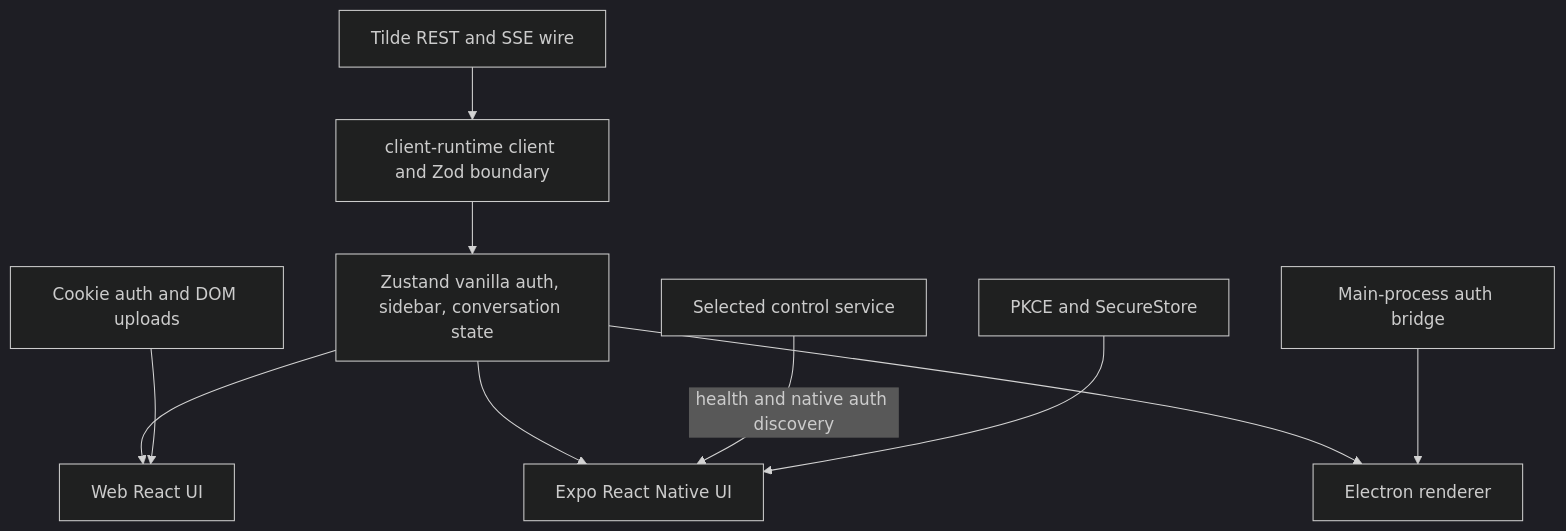
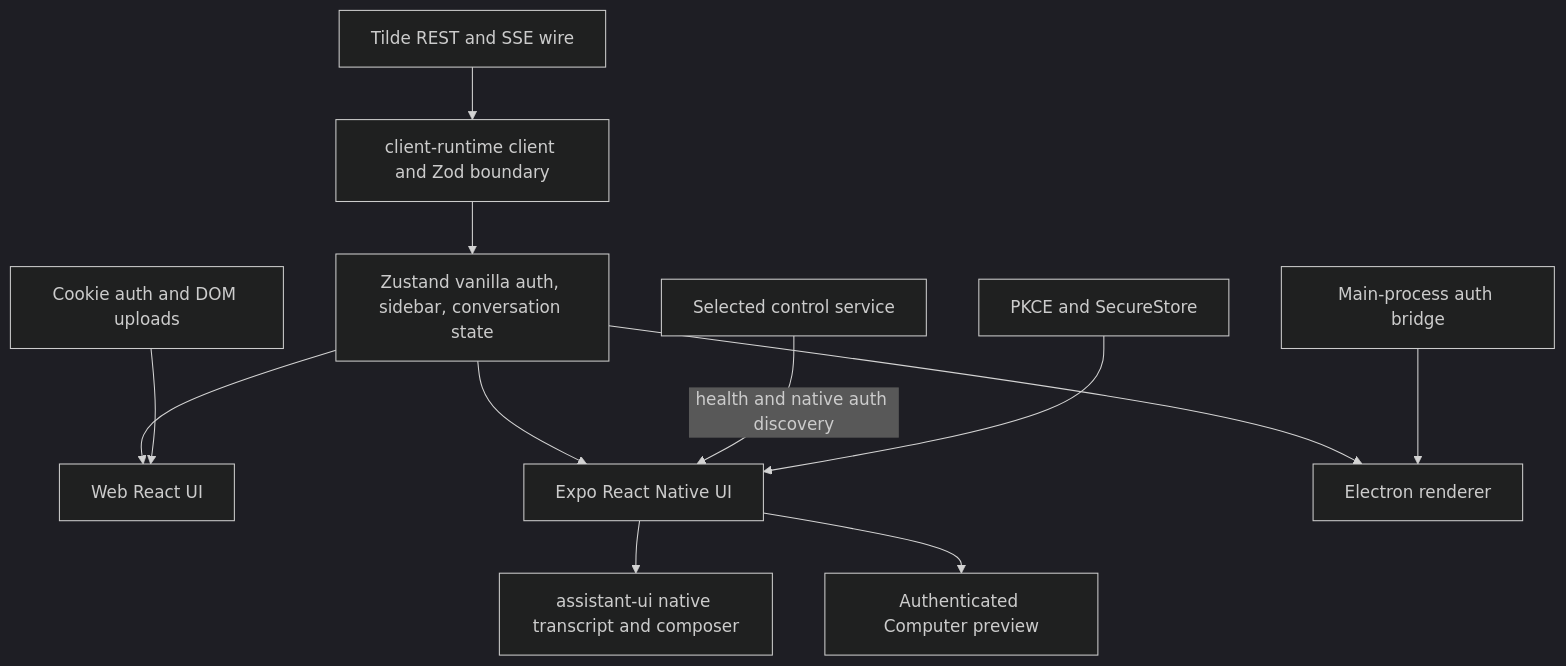
The diagram in docs/adrs/0017-shared-client-runtime-and-expo-mobile.md (trytilde/dispatch), drawn with Mermaid (dark theme) before and after one commit. The commit also changed other lines of this file and 34 other files, not shown here.

````diff
--- a/docs/adrs/0017-shared-client-runtime-and-expo-mobile.md
+++ b/docs/adrs/0017-shared-client-runtime-and-expo-mobile.md
@@ -78,12 +88,14 @@
 ```mermaid
 flowchart TD
   T["Tilde REST and SSE wire"] --> C["client-runtime client and Zod boundary"]
   C --> Z["Zustand vanilla auth, sidebar, conversation state"]
   Z --> W["Web React UI"]
   Z --> M["Expo React Native UI"]
   Z --> D["Electron renderer"]
   WA["Cookie auth and DOM uploads"] --> W
   S["Selected control service"] -->|"health and native auth discovery"| M
   MA["PKCE and SecureStore"] --> M
+  M --> AUI["assistant-ui native transcript and composer"]
+  M --> CP["Authenticated Computer preview"]
   DA["Main-process auth bridge"] --> D
 ```
````
